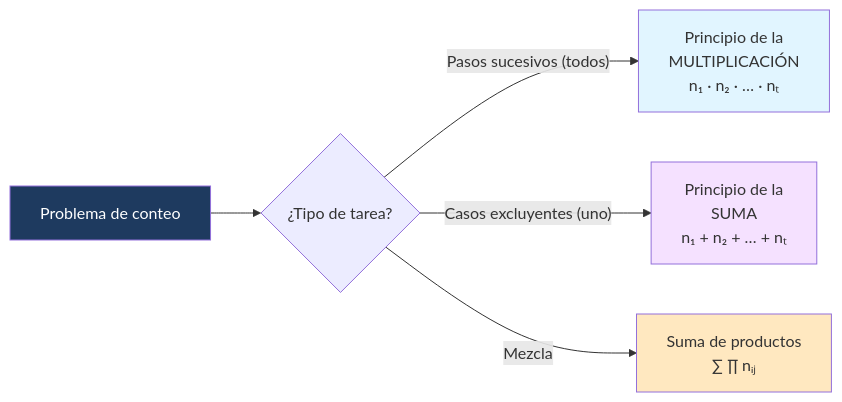
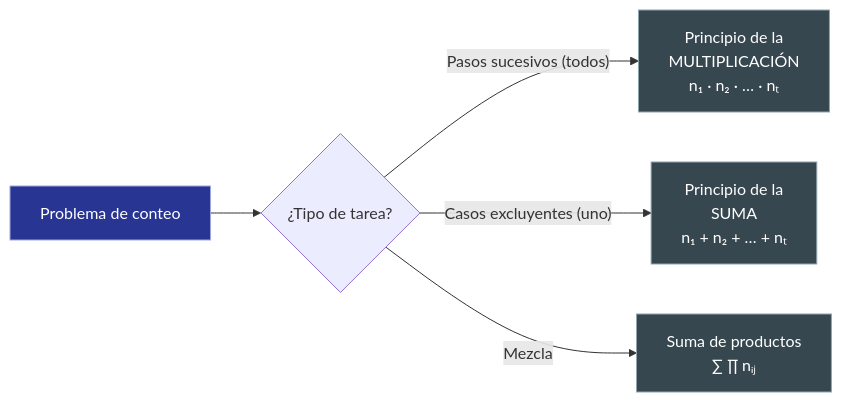
One commit to Fsteven22/Notas-ESPOL changed the diagram in src/site/notes/Universidad/3er Semestre/Matemáticas Discretas/Unidad 3 - Números y Conteo/04 - Principios de Multiplicación y Suma.md. Above: the diagram before and after it, drawn with Mermaid. The commit also changed other lines of this file and 79 other files, not shown here.

````diff
--- a/src/site/notes/Universidad/3er Semestre/Matemáticas Discretas/Unidad 3 - Números y Conteo/04 - Principios de Multiplicación y Suma.md
+++ b/src/site/notes/Universidad/3er Semestre/Matemáticas Discretas/Unidad 3 - Números y Conteo/04 - Principios de Multiplicación y Suma.md
@@ -165,11 +172,11 @@
 ```mermaid
 graph LR
     P["Problema de conteo"] --> Q{¿Tipo de tarea?}
     Q -->|"Pasos sucesivos (todos)"| M["Principio de la<br/>MULTIPLICACIÓN<br/>n₁ · n₂ · … · nₜ"]
     Q -->|"Casos excluyentes (uno)"| S["Principio de la<br/>SUMA<br/>n₁ + n₂ + … + nₜ"]
     Q -->|"Mezcla"| C["Suma de productos<br/>∑ ∏ nᵢⱼ"]
-    style P fill:#1e3a5f,color:#fff
-    style M fill:#e1f5ff
-    style S fill:#f5e1ff
-    style C fill:#ffe8c0
+    style P fill:#283593,color:#FFFFFF,stroke:#9FA8DA,stroke-width:1px
+    style M fill:#37474F,color:#FFFFFF,stroke:#90A4AE,stroke-width:1px
+    style S fill:#37474F,color:#FFFFFF,stroke:#90A4AE,stroke-width:1px
+    style C fill:#37474F,color:#FFFFFF,stroke:#90A4AE,stroke-width:1px
 ```
````
